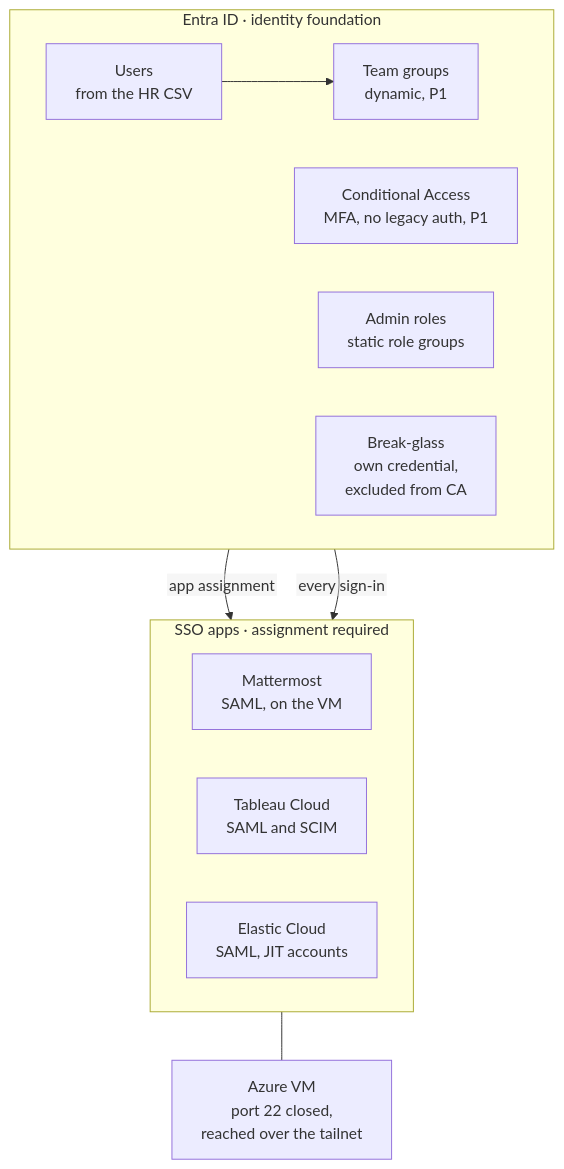
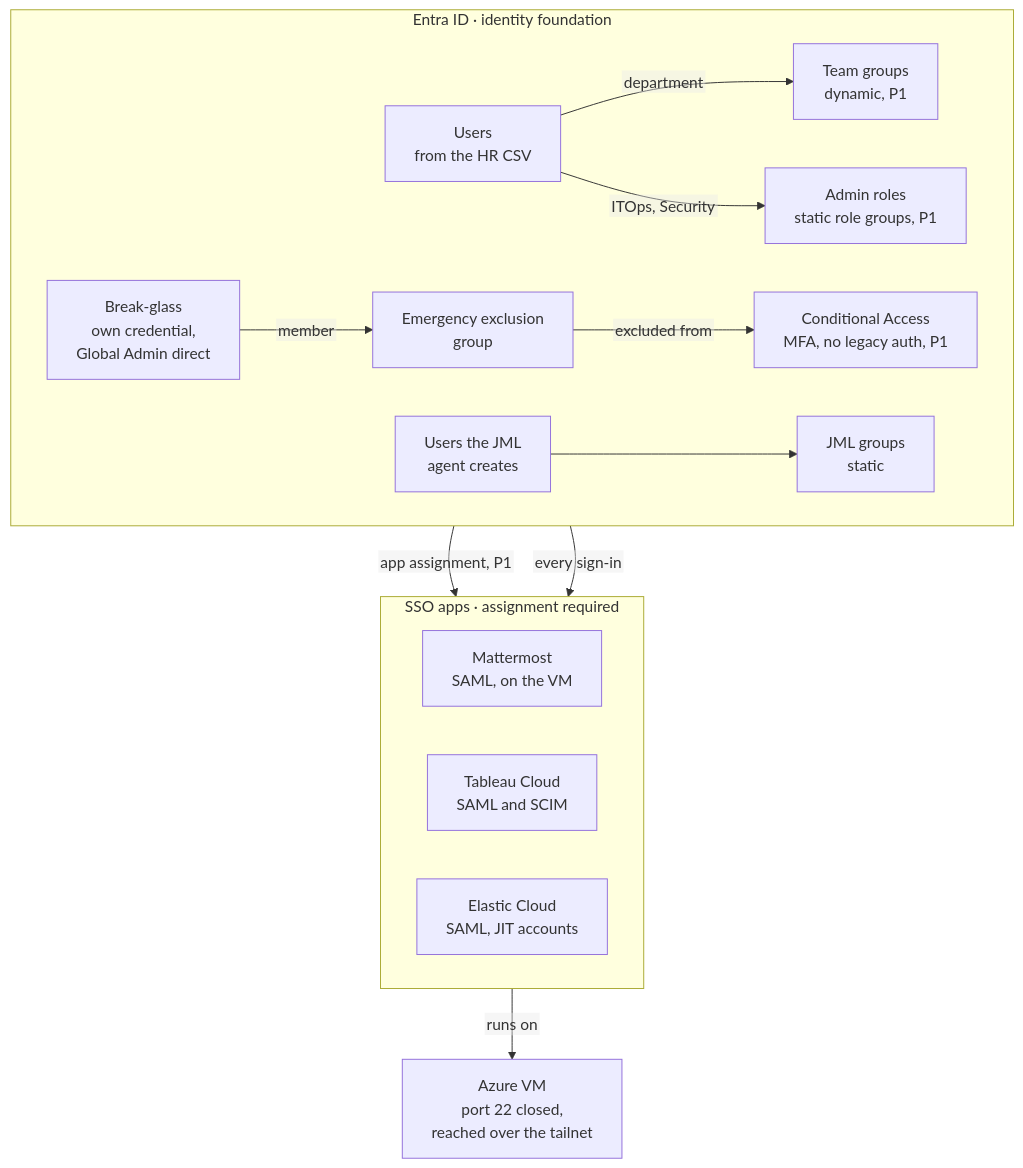
The first of 2 diagrams in 01-identity/README.md (willshchang/WSHC-ZTAI-Lab), drawn with Mermaid before and after one commit. The commit also changed other lines of this file and 3 other files, not shown here.

First line of the commit message:
docs: diagrams match the code

````diff
--- a/01-identity/README.md
+++ b/01-identity/README.md
@@ -61,26 +61,33 @@
 ```mermaid
 %%{init: {"flowchart": {"htmlLabels": false}}}%%
 flowchart TB
     subgraph ENTRA["Entra ID · identity foundation"]
         direction LR
         users["Users<br/>from the HR CSV"]
         groups["Team groups<br/>dynamic, P1"]
+        roles["Admin roles<br/>static role groups, P1"]
         ca["Conditional Access<br/>MFA, no legacy auth, P1"]
-        roles["Admin roles<br/>static role groups"]
-        bg["Break-glass<br/>own credential,<br/>excluded from CA"]
+        excl["Emergency exclusion<br/>group"]
+        bg["Break-glass<br/>own credential,<br/>Global Admin direct"]
+        jmlu["Users the JML<br/>agent creates"]
+        jmlg["JML groups<br/>static"]
     end
 
     subgraph APPS["SSO apps · assignment required"]
         direction LR
         mm["Mattermost<br/>SAML, on the VM"]
         tb["Tableau Cloud<br/>SAML and SCIM"]
         el["Elastic Cloud<br/>SAML, JIT accounts"]
     end
 
     vm["Azure VM<br/>port 22 closed,<br/>reached over the tailnet"]
 
-    users --> groups
-    groups -->|"app assignment"| APPS
+    users -->|"department"| groups
+    users -->|"ITOps, Security"| roles
+    groups -->|"app assignment, P1"| APPS
     ca -->|"every sign-in"| APPS
-    mm --- vm
+    bg -->|"member"| excl
+    excl -->|"excluded from"| ca
+    jmlu --> jmlg
+    mm -->|"runs on"| vm
 ```
````
